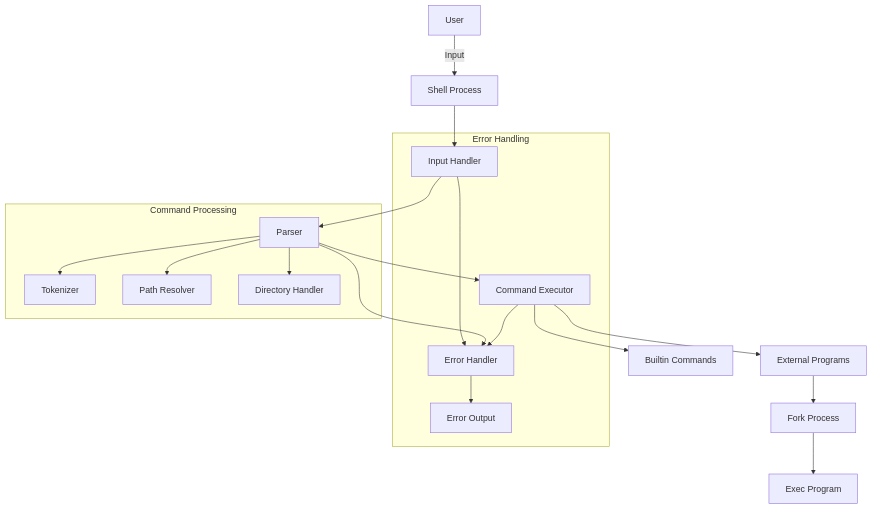
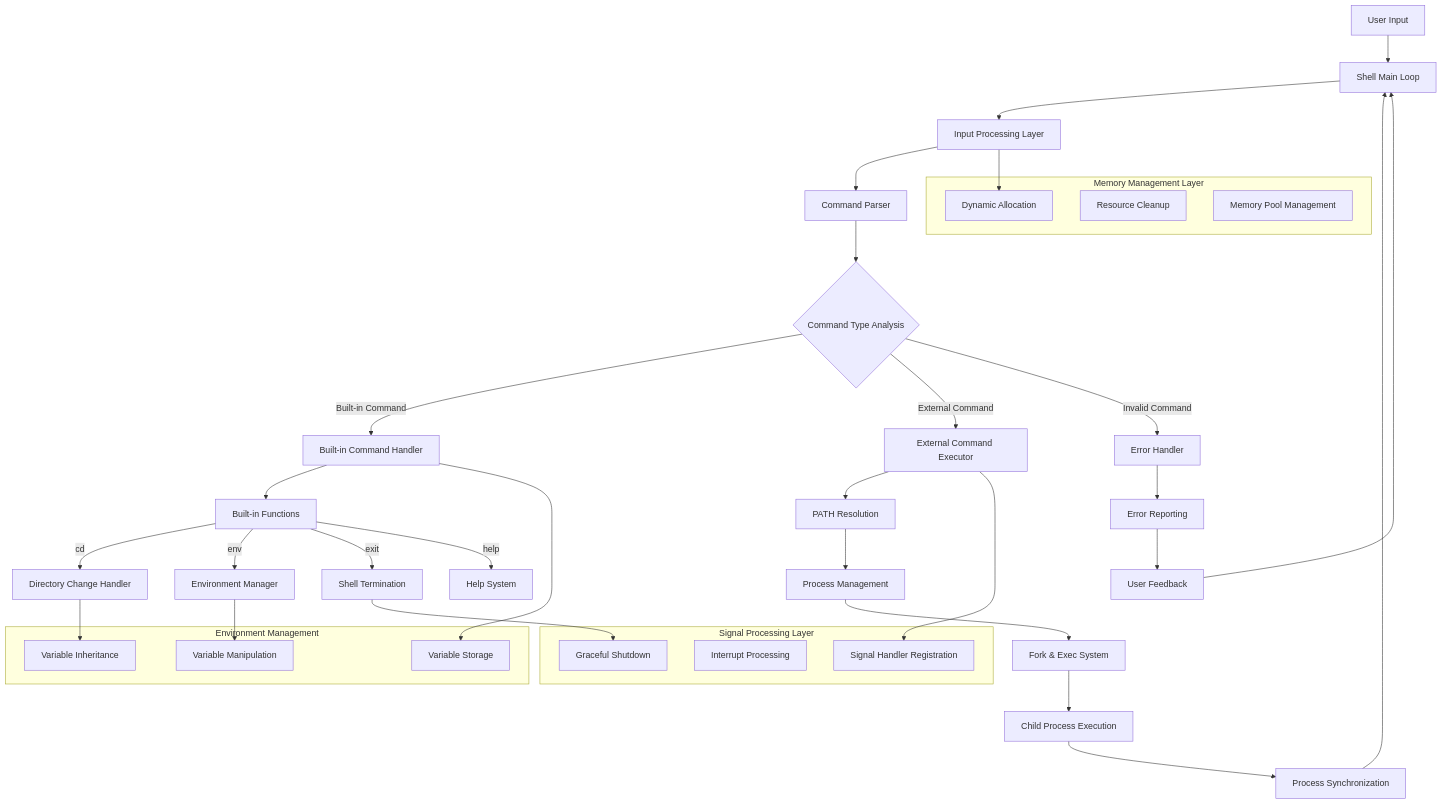
Before and after one commit to yungryce/simple_shell: the first of 6 diagrams in ARCHITECTURE.md, drawn with Mermaid. The commit also changed other lines of this file and 5 other files, not shown here.

````diff
--- a/ARCHITECTURE.md
+++ b/ARCHITECTURE.md
@@ -9,24 +10,54 @@
 ```mermaid
 graph TD
-    User[User] -->|Input| Shell[Shell Process]
-    Shell --> InputHandler[Input Handler]
-    InputHandler --> Parser[Parser]
-    Parser --> Executor[Command Executor]
-    Executor --> Builtin[Builtin Commands]
-    Executor --> External[External Programs]
-    External --> Fork[Fork Process]
-    Fork --> Exec[Exec Program]
+    A[User Input] --> B[Shell Main Loop]
+    B --> C[Input Processing Layer]
+    C --> D[Command Parser]
+    D --> E{Command Type Analysis}
     
-    subgraph "Command Processing"
-        Parser --> TokenHandler[Tokenizer]
-        Parser --> PathResolver[Path Resolver]
-        Parser --> DirectoryHandler[Directory Handler]
+    E -->|Built-in Command| F[Built-in Command Handler]
+    E -->|External Command| G[External Command Executor]
+    E -->|Invalid Command| H[Error Handler]
+    
+    F --> I[Built-in Functions]
+    I -->|cd| J[Directory Change Handler]
+    I -->|env| K[Environment Manager]
+    I -->|exit| L[Shell Termination]
+    I -->|help| M[Help System]
+    
+    G --> N[PATH Resolution]
+    N --> O[Process Management]
+    O --> P[Fork & Exec System]
+    P --> Q[Child Process Execution]
+    Q --> R[Process Synchronization]
+    
+    H --> S[Error Reporting]
+    S --> T[User Feedback]
+    
+    subgraph "Memory Management Layer"
+        U[Dynamic Allocation]
+        V[Resource Cleanup]
+        W[Memory Pool Management]
     end
     
-    subgraph "Error Handling"
-        InputHandler --> ErrorHandler[Error Handler]
-        Parser --> ErrorHandler
-        Executor --> ErrorHandler
-        ErrorHandler --> Output[Error Output]
+    subgraph "Signal Processing Layer"
+        X[Signal Handler Registration]
+        Y[Interrupt Processing]
+        Z[Graceful Shutdown]
     end
+    
+    subgraph "Environment Management"
+        AA[Variable Storage]
+        BB[Variable Inheritance]
+        CC[Variable Manipulation]
+    end
+    
+    C --> U
+    F --> AA
+    G --> X
+    J --> BB
+    K --> CC
+    L --> Z
+    
+    R --> B
+    T --> B
 ```
````
